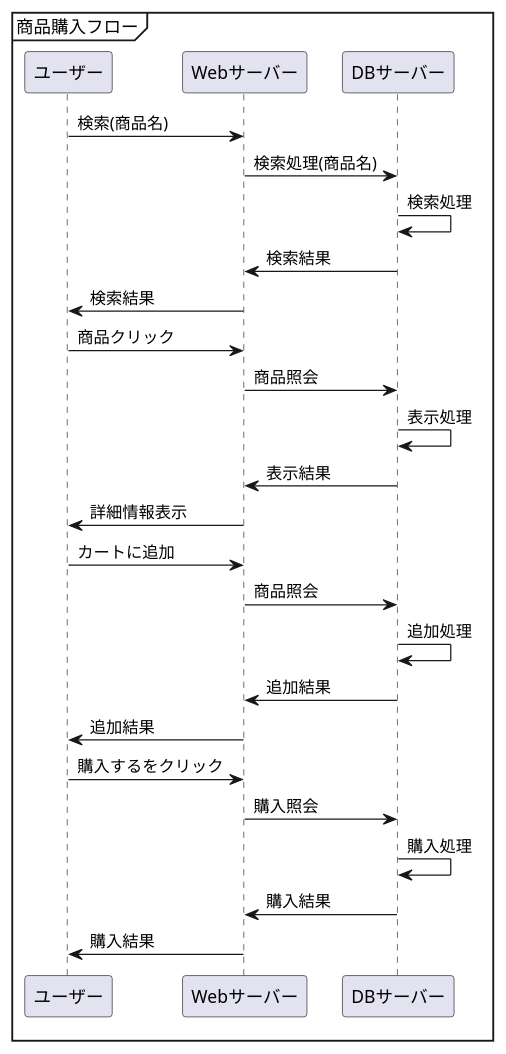
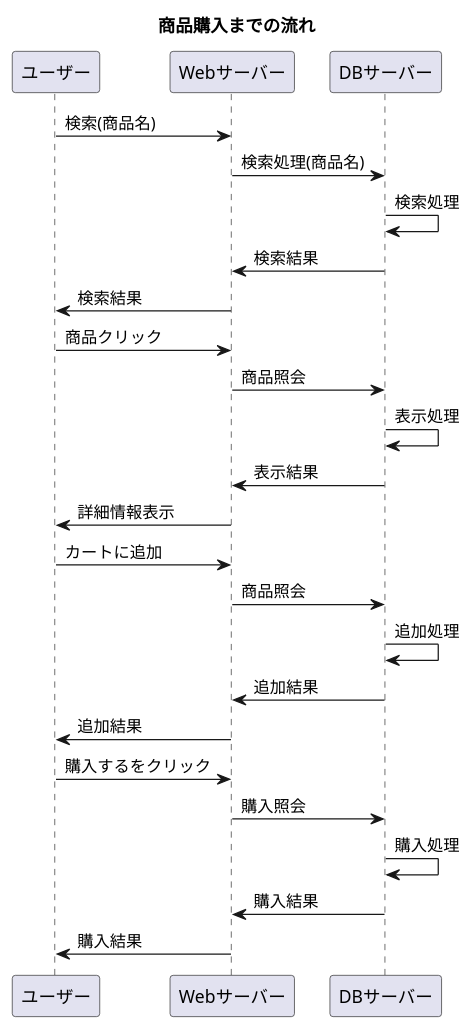
Before and after one commit to Aso2001174/2021sys-design: the diagram in Rainbows/業務フロー(商品購入).md, drawn with PlantUML.

````diff
--- a/Rainbows/業務フロー(商品購入).md
+++ b/Rainbows/業務フロー(商品購入).md
@@ -1,30 +1,30 @@
 ```uml
 @startuml
-mainframe 商品購入フロー
+title **商品購入までの流れ**
 
 ユーザー -> Webサーバー : 検索(商品名)
 Webサーバー -> DBサーバー : 検索処理(商品名)
 DBサーバー -> DBサーバー : 検索処理
 DBサーバー -> Webサーバー : 検索結果
 Webサーバー -> ユーザー : 検索結果
 
 ユーザー -> Webサーバー : 商品クリック
 Webサーバー -> DBサーバー : 商品照会
 DBサーバー -> DBサーバー : 表示処理
 DBサーバー -> Webサーバー : 表示結果
 Webサーバー -> ユーザー : 詳細情報表示
 
 ユーザー -> Webサーバー : カートに追加
 Webサーバー -> DBサーバー : 商品照会
 DBサーバー -> DBサーバー : 追加処理
 DBサーバー -> Webサーバー : 追加結果
 Webサーバー -> ユーザー : 追加結果
 
 ユーザー -> Webサーバー : 購入するをクリック
 Webサーバー -> DBサーバー : 購入照会
 DBサーバー -> DBサーバー : 購入処理
 DBサーバー -> Webサーバー : 購入結果
 Webサーバー -> ユーザー : 購入結果
 
 @enduml
 ```
````
